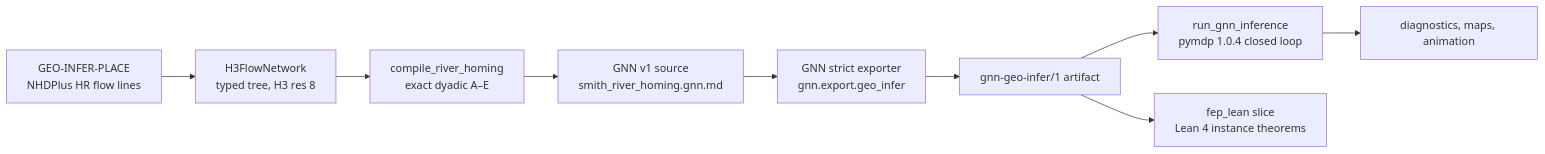
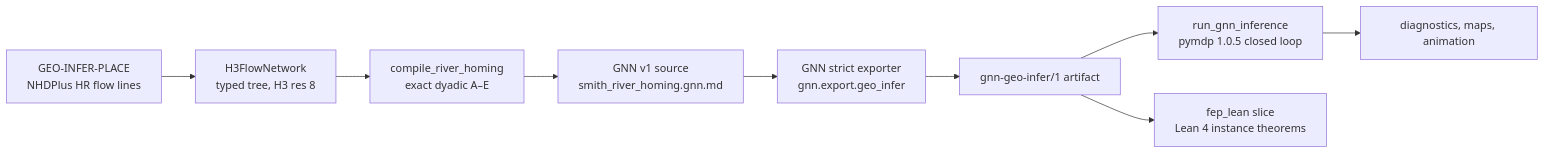
One commit to ActiveInferenceInstitute/GEO_INFER changed the diagram in GEO-INFER-ACT/docs/cascadia_river_homing.md. Above: the diagram before and after it, drawn with Mermaid. The commit also changed other lines of this file and 41 other files, not shown here.

````diff
--- a/GEO-INFER-ACT/docs/cascadia_river_homing.md
+++ b/GEO-INFER-ACT/docs/cascadia_river_homing.md
@@ -19,11 +19,11 @@
 ```mermaid
 flowchart LR
     P["GEO-INFER-PLACE<br/>NHDPlus HR flow lines"] --> N["H3FlowNetwork<br/>typed tree, H3 res 8"]
     N --> M["compile_river_homing<br/>exact dyadic A–E"]
     M --> S["GNN v1 source<br/>smith_river_homing.gnn.md"]
     S --> X["GNN strict exporter<br/>gnn.export.geo_infer"]
     X --> J["gnn-geo-infer/1 artifact"]
-    J --> R["run_gnn_inference<br/>pymdp 1.0.4 closed loop"]
+    J --> R["run_gnn_inference<br/>pymdp 1.0.5 closed loop"]
     J --> L["fep_lean slice<br/>Lean 4 instance theorems"]
     R --> V["diagnostics, maps, animation"]
 ```
````
